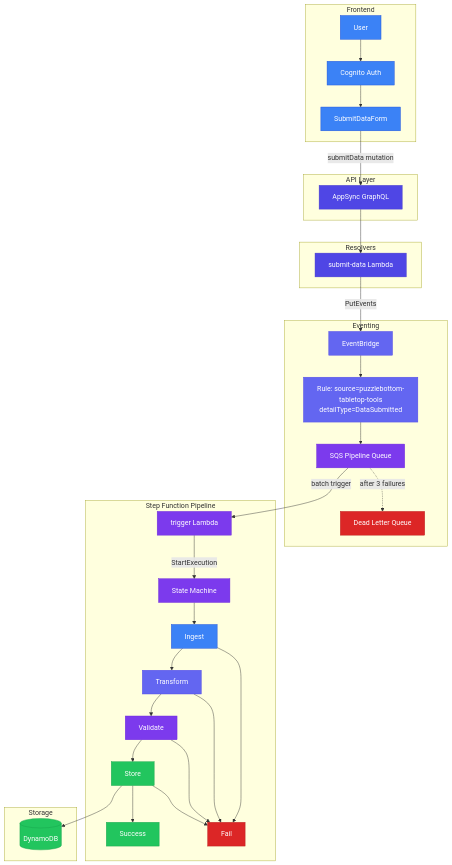
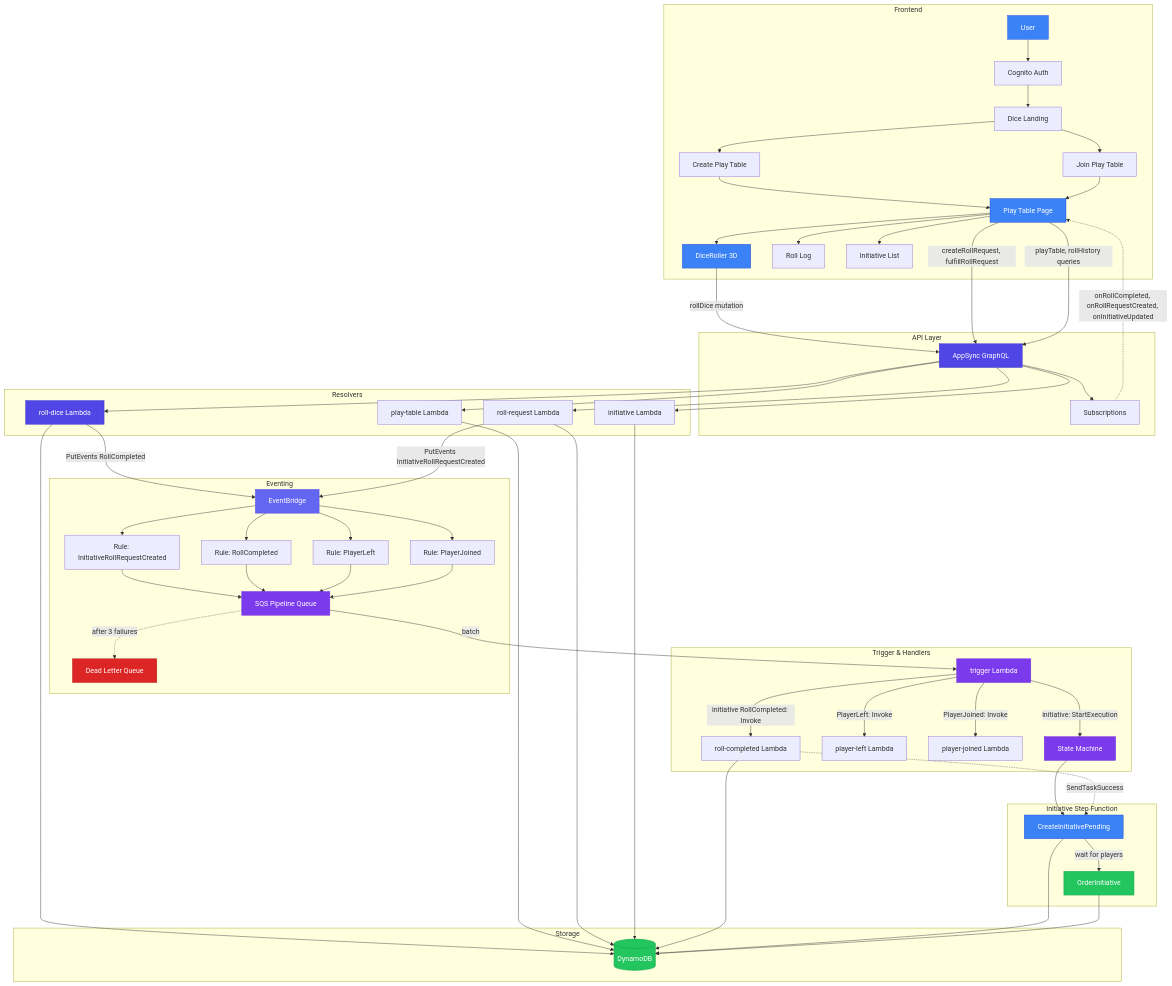
One commit to Puzzlebottom/puzzlebottom-tabletop-tools changed the first of 2 diagrams in docs/architecture.md. Above: the diagram before and after it, drawn with Mermaid. The commit also changed other lines of this file, not shown here.

First line of the commit message:
docs: update architecture for dice roller

````diff
--- a/docs/architecture.md
+++ b/docs/architecture.md
@@ -10,73 +10,111 @@
 flowchart TB
     subgraph Frontend["Frontend"]
         User[User]
-        Form[SubmitDataForm]
         Auth[Cognito Auth]
+        DiceLanding[Dice Landing]
+        CreateTable[Create Play Table]
+        JoinTable[Join Play Table]
+        PlayTable[Play Table Page]
+        DiceRoller[DiceRoller 3D]
+        RollLog[Roll Log]
+        InitiativeList[Initiative List]
         User --> Auth
-        Auth --> Form
+        Auth --> DiceLanding
+        DiceLanding --> CreateTable
+        DiceLanding --> JoinTable
+        CreateTable --> PlayTable
+        JoinTable --> PlayTable
+        PlayTable --> DiceRoller
+        PlayTable --> RollLog
+        PlayTable --> InitiativeList
     end
 
     subgraph API["API Layer"]
         AppSync[AppSync GraphQL]
-        Form -->|submitData mutation| AppSync
+        Subscriptions[Subscriptions]
+        DiceRoller -->|rollDice mutation| AppSync
+        PlayTable -->|createRollRequest, fulfillRollRequest| AppSync
+        PlayTable -->|playTable, rollHistory queries| AppSync
+        AppSync --> Subscriptions
+        Subscriptions -.->|onRollCompleted, onRollRequestCreated, onInitiativeUpdated| PlayTable
+    end
+
+    subgraph Resolvers["Resolvers"]
+        RollDice[roll-dice Lambda]
+        PlayTableRes[play-table Lambda]
+        RollRequest[roll-request Lambda]
+        Initiative[initiative Lambda]
+        AppSync --> RollDice
+        AppSync --> PlayTableRes
+        AppSync --> RollRequest
+        AppSync --> Initiative
     end
 
     subgraph Eventing["Eventing"]
         EB[EventBridge]
-        Rule[Rule: source=puzzlebottom-tabletop-tools<br/>detailType=DataSubmitted]
+        RuleIRR[Rule: InitiativeRollRequestCreated]
+        RuleRC[Rule: RollCompleted]
+        RulePL[Rule: PlayerLeft]
+        RulePJ[Rule: PlayerJoined]
         SQS[SQS Pipeline Queue]
         DLQ[Dead Letter Queue]
-        EB --> Rule
-        Rule --> SQS
+        EB --> RuleIRR
+        EB --> RuleRC
+        EB --> RulePL
+        EB --> RulePJ
+        RuleIRR --> SQS
+        RuleRC --> SQS
+        RulePL --> SQS
+        RulePJ --> SQS
         SQS -.->|after 3 failures| DLQ
     end
 
-    subgraph Resolvers["Resolvers"]
-        SubmitData[submit-data Lambda]
-        AppSync --> SubmitData
-        SubmitData -->|PutEvents| EB
+    subgraph Trigger["Trigger & Handlers"]
+        TriggerFn[trigger Lambda]
+        RollCompletedHandler[roll-completed Lambda]
+        PlayerLeftHandler[player-left Lambda]
+        PlayerJoinedHandler[player-joined Lambda]
+        SQS -->|batch| TriggerFn
+        TriggerFn -->|initiative: StartExecution| SF
+        TriggerFn -->|initiative RollCompleted: Invoke| RollCompletedHandler
+        TriggerFn -->|PlayerLeft: Invoke| PlayerLeftHandler
+        TriggerFn -->|PlayerJoined: Invoke| PlayerJoinedHandler
     end
 
-    subgraph Pipeline["Step Function Pipeline"]
-        Trigger[trigger Lambda]
+    subgraph Pipeline["Initiative Step Function"]
         SF[State Machine]
-        Ingest[Ingest]
-        Transform[Transform]
-        Validate[Validate]
-        Store[Store]
-        Success[Success]
-        Fail[Fail]
-
-        SQS -->|batch trigger| Trigger
-        Trigger -->|StartExecution| SF
-        SF --> Ingest --> Transform --> Validate --> Store --> Success
-        Ingest --> Fail
-        Transform --> Fail
-        Validate --> Fail
-        Store --> Fail
+        CreatePending[CreateInitiativePending]
+        OrderInitiative[OrderInitiative]
+        SF --> CreatePending
+        CreatePending -->|wait for players| OrderInitiative
+        RollCompletedHandler -.->|SendTaskSuccess| CreatePending
     end
 
     subgraph Storage["Storage"]
         DynamoDB[(DynamoDB)]
-        Store --> DynamoDB
+        RollDice --> DynamoDB
+        PlayTableRes --> DynamoDB
+        RollRequest --> DynamoDB
+        Initiative --> DynamoDB
+        RollCompletedHandler --> DynamoDB
+        CreatePending --> DynamoDB
+        OrderInitiative --> DynamoDB
     end
 
+    RollDice -->|PutEvents RollCompleted| EB
+    RollRequest -->|PutEvents InitiativeRollRequestCreated| EB
+
     style User fill:#3b82f6,stroke:#1d4ed8,color:#fff
-    style Form fill:#3b82f6,stroke:#1d4ed8,color:#fff
-    style Auth fill:#3b82f6,stroke:#1d4ed8,color:#fff
+    style DiceRoller fill:#3b82f6,stroke:#1d4ed8,color:#fff
+    style PlayTable fill:#3b82f6,stroke:#1d4ed8,color:#fff
     style AppSync fill:#4f46e5,stroke:#4338ca,color:#fff
     style EB fill:#6366f1,stroke:#4f46e5,color:#fff
-    style Rule fill:#6366f1,stroke:#4f46e5,color:#fff
     style SQS fill:#7c3aed,stroke:#6d28d9,color:#fff
     style DLQ fill:#dc2626,stroke:#b91c1c,color:#fff
-    style SubmitData fill:#4f46e5,stroke:#4338ca,color:#fff
-    style Trigger fill:#7c3aed,stroke:#6d28d9,color:#fff
+    style RollDice fill:#4f46e5,stroke:#4338ca,color:#fff
+    style TriggerFn fill:#7c3aed,stroke:#6d28d9,color:#fff
     style SF fill:#7c3aed,stroke:#6d28d9,color:#fff
-    style Ingest fill:#3b82f6,stroke:#1d4ed8,color:#fff
-    style Transform fill:#6366f1,stroke:#4f46e5,color:#fff
-    style Validate fill:#7c3aed,stroke:#6d28d9,color:#fff
-    style Store fill:#22c55e,stroke:#16a34a,color:#fff
-    style Success fill:#22c55e,stroke:#16a34a,color:#fff
+    style CreatePending fill:#3b82f6,stroke:#1d4ed8,color:#fff
+    style OrderInitiative fill:#22c55e,stroke:#16a34a,color:#fff
     style DynamoDB fill:#22c55e,stroke:#16a34a,color:#fff
-    style Fail fill:#dc2626,stroke:#b91c1c,color:#fff
 ```
````
